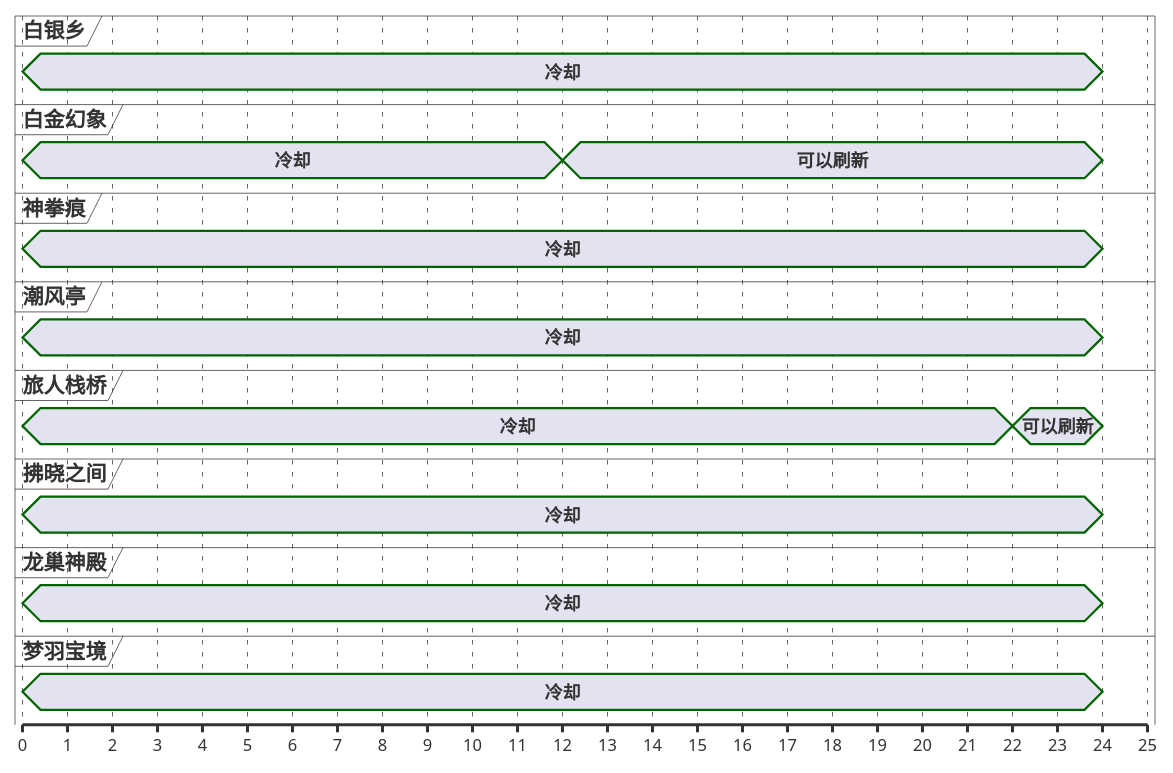
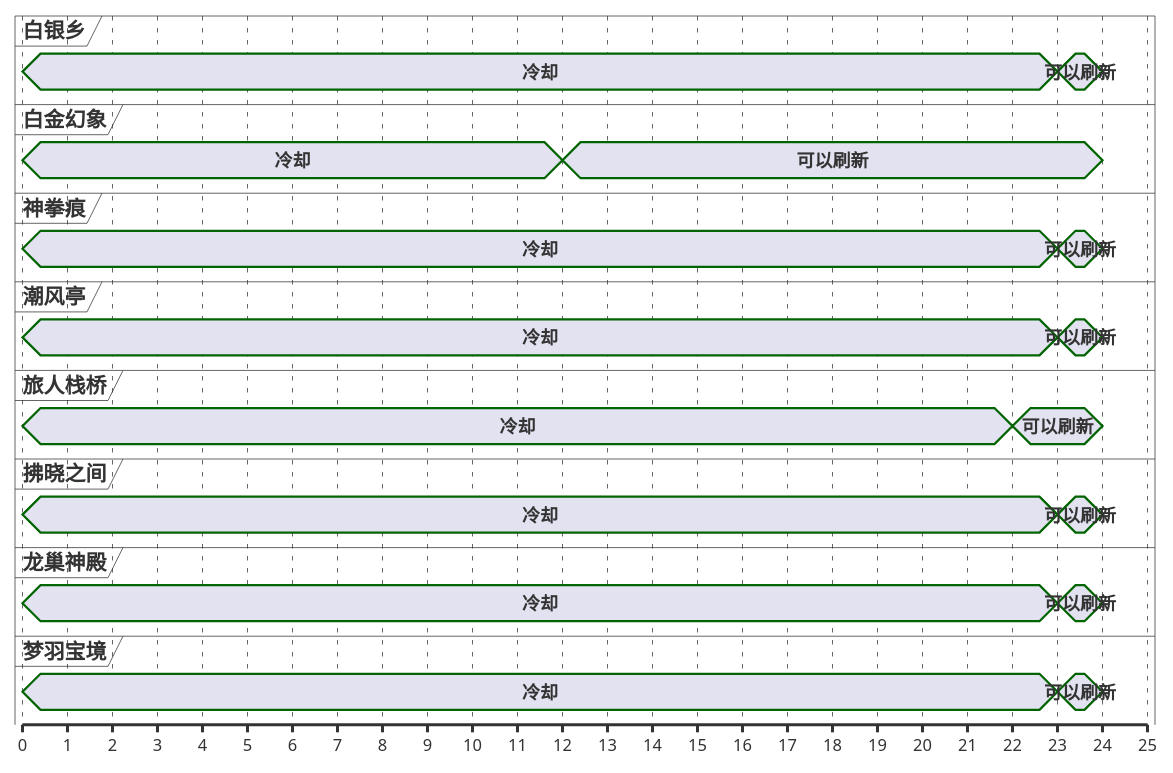
The second of 13 diagrams in ffxiv/hunt/2.0/Safat.md (Eroleice/doc-pi), drawn with PlantUML before and after one commit. The commit also changed other lines of this file and 38 other files, not shown here.

````diff
--- a/ffxiv/hunt/2.0/Safat.md
+++ b/ffxiv/hunt/2.0/Safat.md
@@ -90,49 +91,55 @@
 ```plantuml
 @startuml
 scale 1 as 30 pixels
 
 concise 白银乡
 concise 白金幻象
 concise 神拳痕
 concise 潮风亭
 concise 旅人栈桥
 concise 拂晓之间
 concise 龙巢神殿
 concise 梦羽宝境
 
 @白金幻象
 0 is 冷却
 12 is 可以刷新
 24 is {hidden}
 
 @神拳痕
 0 is 冷却
+23 is 可以刷新
 24 is {hidden}
 
 @潮风亭
 0 is 冷却
+23 is 可以刷新
 24 is {hidden}
 
 @龙巢神殿
 0 is 冷却
+23 is 可以刷新
 24 is {hidden}
 
 @梦羽宝境
 0 is 冷却
+23 is 可以刷新
 24 is {hidden}
 
 @白银乡
 0 is 冷却
+23 is 可以刷新
 24 is {hidden}
 
 @拂晓之间
 0 is 冷却
+23 is 可以刷新
 24 is {hidden}
 
 @旅人栈桥
 0 is 冷却
 22 is 可以刷新
 24 is {hidden}
 
 @enduml
 ```
````
